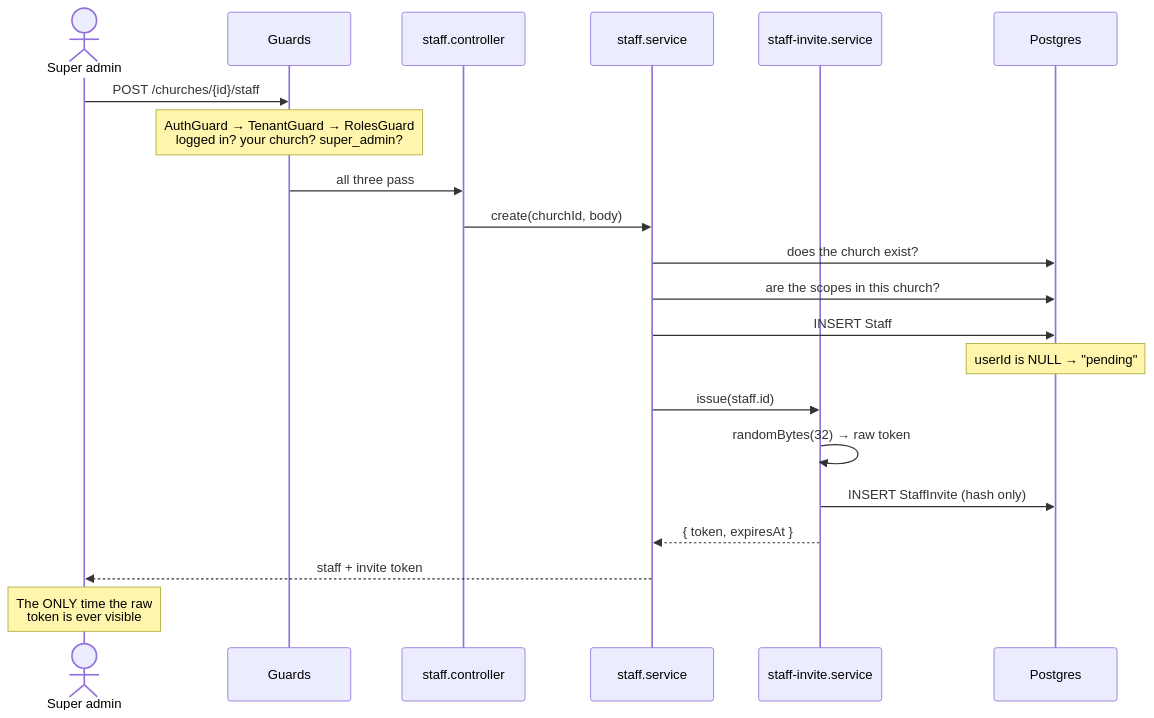
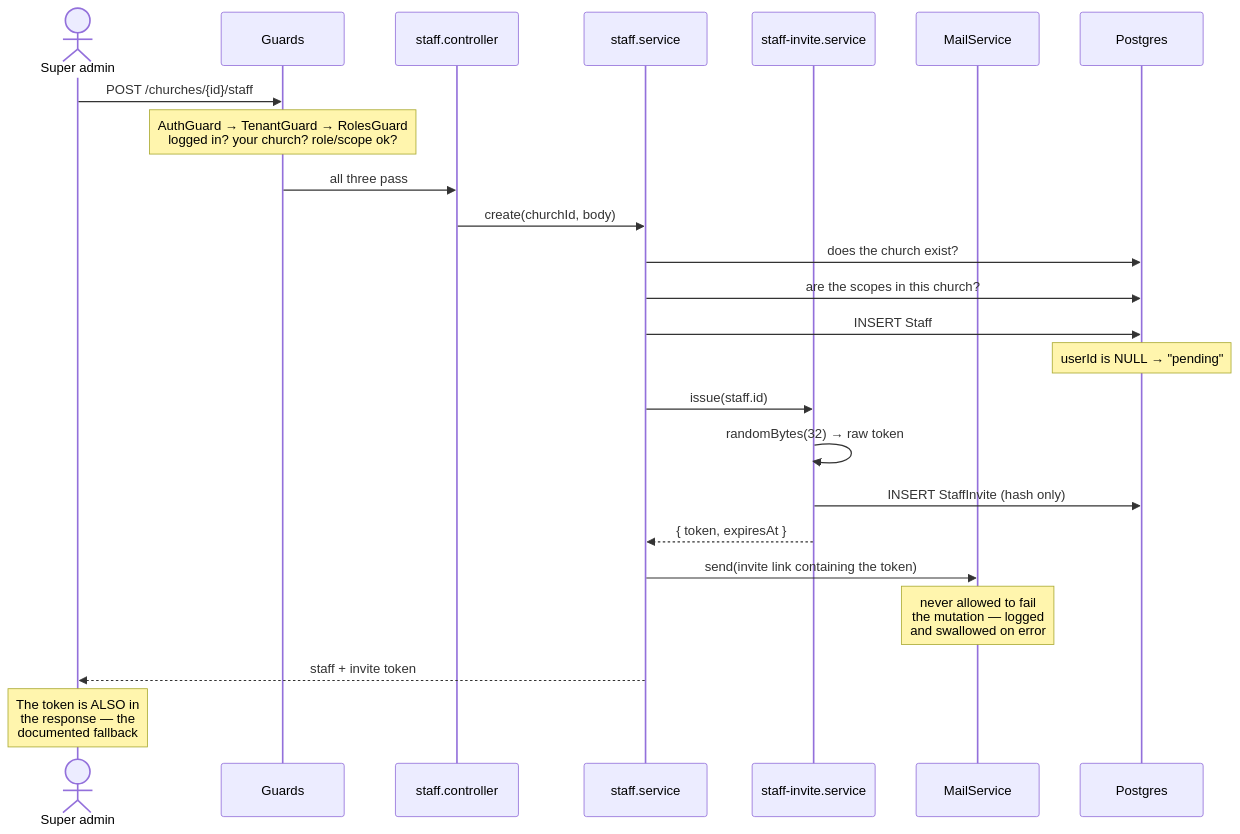
One commit to chuba-cn/koru changed the second of 11 diagrams in docs/architecture/staff-invitations.md. Above: the diagram before and after it, drawn with Mermaid. The commit also changed other lines of this file and 19 other files, not shown here.

````diff
--- a/docs/architecture/staff-invitations.md
+++ b/docs/architecture/staff-invitations.md
@@ -47,24 +53,27 @@
 ```mermaid
 sequenceDiagram
     actor Admin as Super admin
     participant Guards
     participant Ctrl as staff.controller
     participant Svc as staff.service
     participant Inv as staff-invite.service
+    participant Mail as MailService
     participant DB as Postgres
 
     Admin->>Guards: POST /churches/{id}/staff
-    Note over Guards: AuthGuard → TenantGuard → RolesGuard<br/>logged in? your church? super_admin?
+    Note over Guards: AuthGuard → TenantGuard → RolesGuard<br/>logged in? your church? role/scope ok?
     Guards->>Ctrl: all three pass
     Ctrl->>Svc: create(churchId, body)
     Svc->>DB: does the church exist?
     Svc->>DB: are the scopes in this church?
     Svc->>DB: INSERT Staff
     Note over DB: userId is NULL → "pending"
     Svc->>Inv: issue(staff.id)
     Inv->>Inv: randomBytes(32) → raw token
     Inv->>DB: INSERT StaffInvite (hash only)
     Inv-->>Svc: { token, expiresAt }
+    Svc->>Mail: send(invite link containing the token)
+    Note over Mail: never allowed to fail<br/>the mutation — logged<br/>and swallowed on error
     Svc-->>Admin: staff + invite token
-    Note over Admin: The ONLY time the raw<br/>token is ever visible
+    Note over Admin: The token is ALSO in<br/>the response — the<br/>documented fallback
 ```
````
